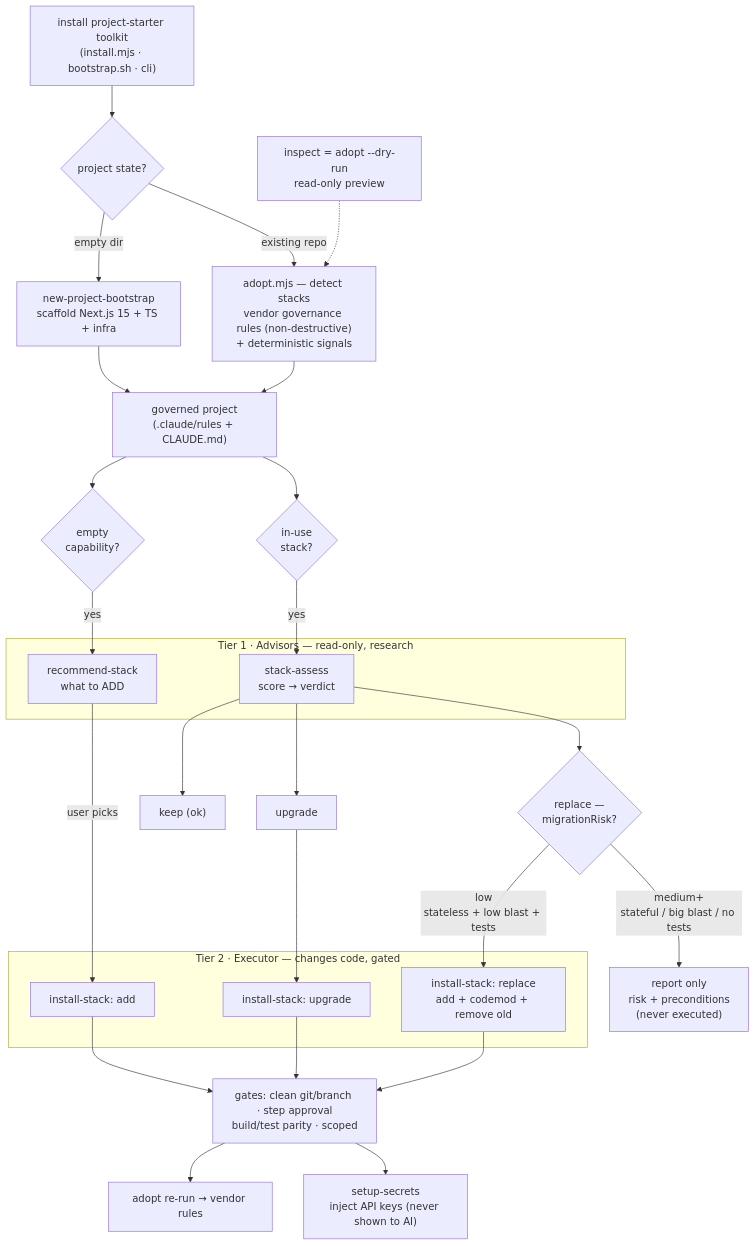
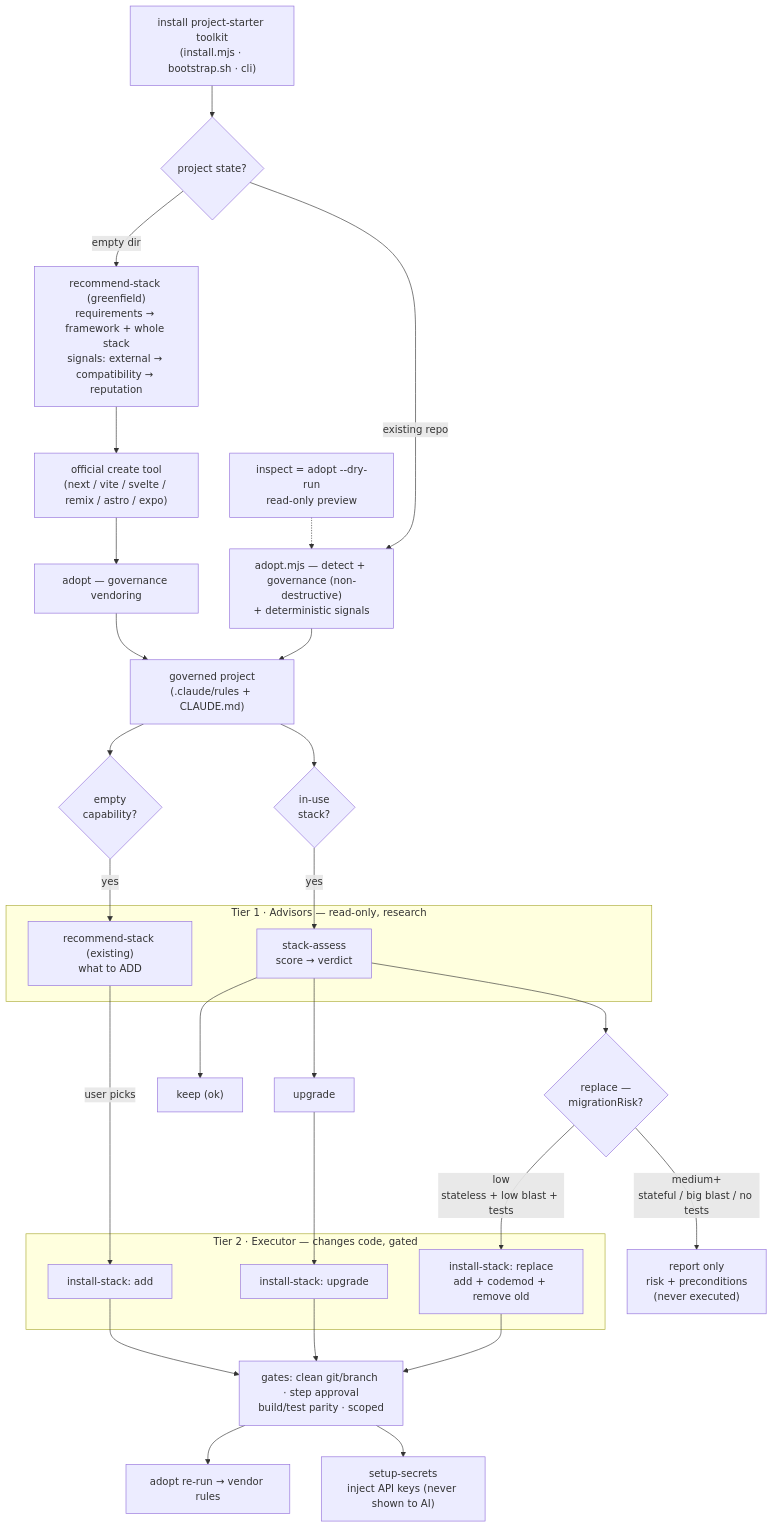
The diagram in README.md (kimyeonsik/project-starter), drawn with Mermaid before and after one commit. The commit also changed other lines of this file, not shown here.

Commit message:
docs(readme): reflect requirement-driven framework-pluggable new-project flow (en)

````diff
--- a/README.md
+++ b/README.md
@@ -43,39 +43,43 @@
 ```mermaid
 flowchart TD
     install["install project-starter toolkit<br/>(install.mjs · bootstrap.sh · cli)"] --> start{"project state?"}
-    start -->|empty dir| boot["new-project-bootstrap<br/>scaffold Next.js 15 + TS + infra"]
-    start -->|existing repo| adopt["adopt.mjs — detect stacks<br/>vendor governance rules (non-destructive)<br/>+ deterministic signals"]
+
+    start -->|empty dir| grec["recommend-stack (greenfield)<br/>requirements → framework + whole stack<br/>signals: external → compatibility → reputation"]
+    grec --> scaffold["official create tool<br/>(next / vite / svelte / remix / astro / expo)"]
+    scaffold --> govNew["adopt — governance vendoring"]
+
+    start -->|existing repo| adopt["adopt.mjs — detect + governance (non-destructive)<br/>+ deterministic signals"]
     inspect["inspect = adopt --dry-run<br/>read-only preview"] -.-> adopt
 
-    boot --> governed["governed project<br/>(.claude/rules + CLAUDE.md)"]
+    govNew --> governed["governed project<br/>(.claude/rules + CLAUDE.md)"]
     adopt --> governed
 
     governed --> empty{"empty<br/>capability?"}
     governed --> inuse{"in-use<br/>stack?"}
 
     subgraph t1["Tier 1 · Advisors — read-only, research"]
-        rec["recommend-stack<br/>what to ADD"]
+        rec["recommend-stack (existing)<br/>what to ADD"]
         assess["stack-assess<br/>score → verdict"]
     end
     empty -->|yes| rec
     inuse -->|yes| assess
 
     assess --> keep["keep (ok)"]
     assess --> upgrade["upgrade"]
     assess --> repl{"replace —<br/>migrationRisk?"}
     repl -->|"low<br/>stateless + low blast + tests"| m_replace
     repl -->|"medium+<br/>stateful / big blast / no tests"| report["report only<br/>risk + preconditions<br/>(never executed)"]
     rec -->|user picks| m_add
     upgrade --> m_upgrade
 
     subgraph t2["Tier 2 · Executor — changes code, gated"]
         m_add["install-stack: add"]
         m_upgrade["install-stack: upgrade"]
         m_replace["install-stack: replace<br/>add + codemod + remove old"]
     end
     m_add --> gates
     m_upgrade --> gates
     m_replace --> gates
     gates["gates: clean git/branch · step approval<br/>build/test parity · scoped"] --> vendor["adopt re-run → vendor rules"]
     gates --> secrets["setup-secrets<br/>inject API keys (never shown to AI)"]
 ```
````
